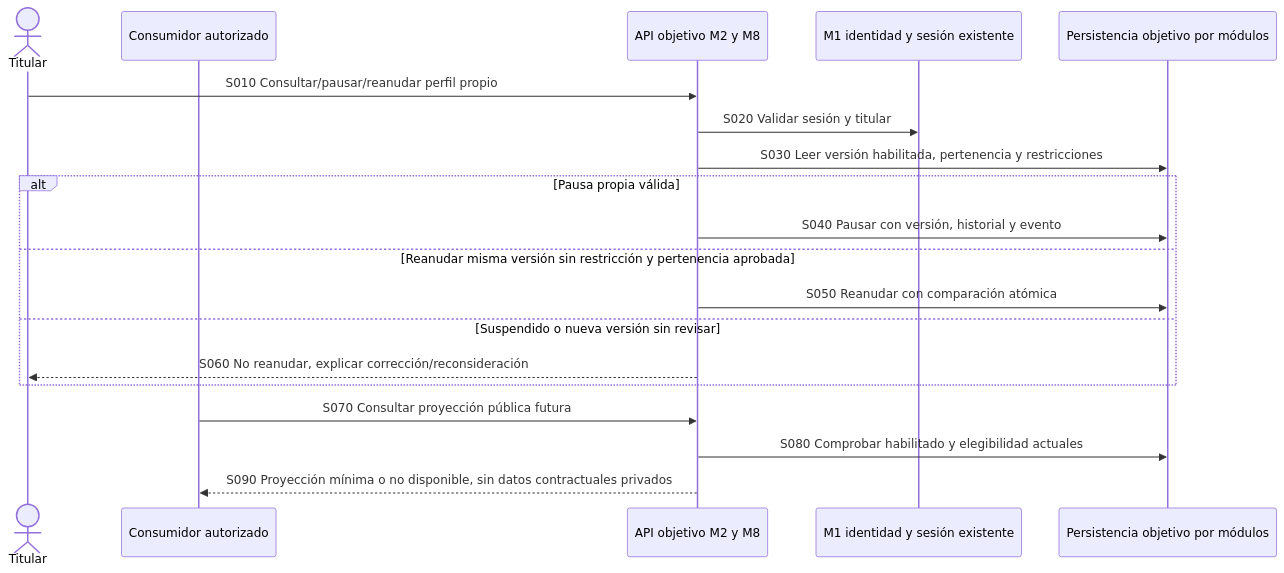
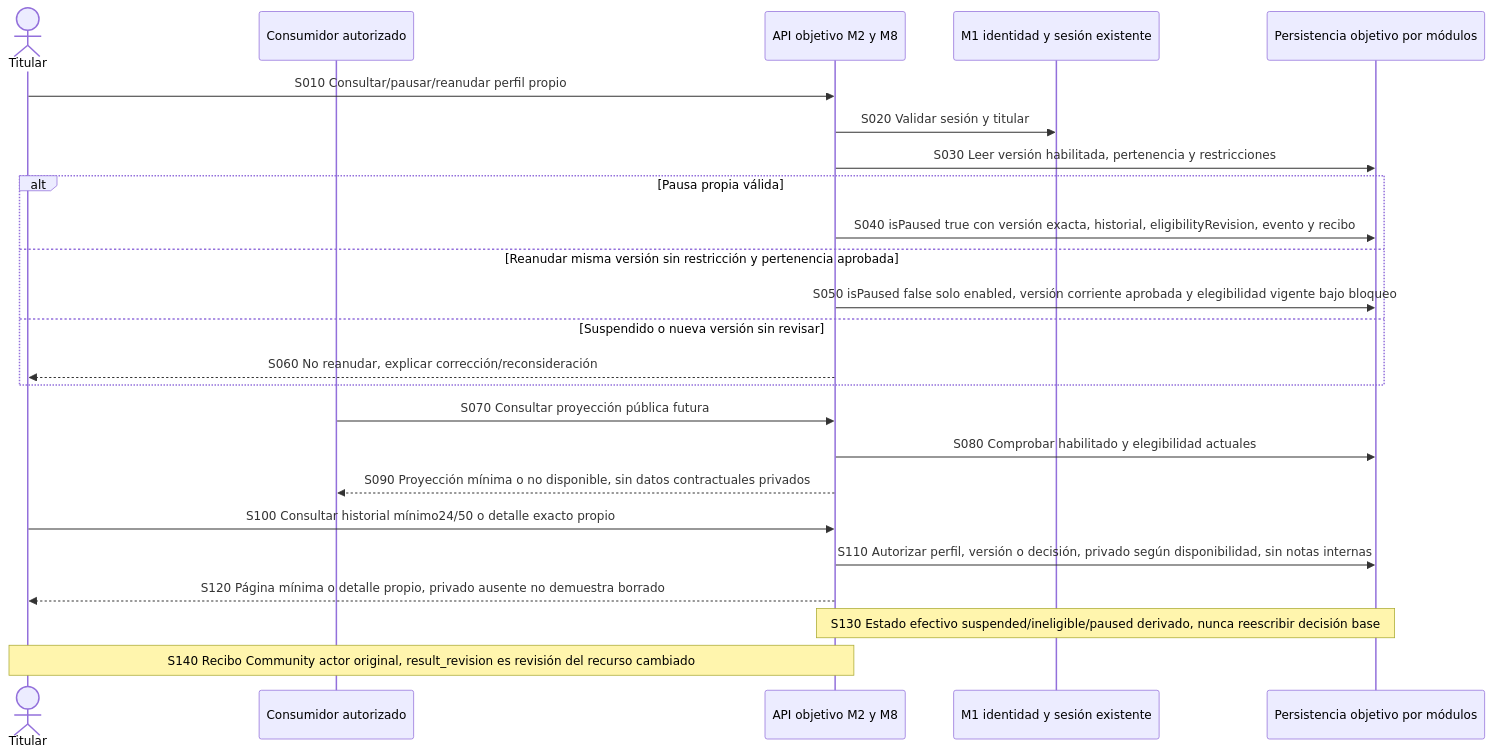
Before and after one commit to AndresRaRi/marleva: the diagram in marleva-local/repositorio/docs/diagramas/secuencia/M2/MAR-M2-SEQ-009.mmd, drawn with Mermaid. The commit also changed 48 other files, not shown here.

```diff
--- a/marleva-local/repositorio/docs/diagramas/secuencia/M2/MAR-M2-SEQ-009.mmd
+++ b/marleva-local/repositorio/docs/diagramas/secuencia/M2/MAR-M2-SEQ-009.mmd
@@ -1,21 +1,26 @@
 %% MAR-M2-SEQ-009: Pausa, reanudación y proyección del perfil
 %% 15-10-2026. Objetivo documental. Sin API o implementación acreditadas.
 sequenceDiagram
 actor T as Titular
 participant C as Consumidor autorizado
 participant A as API objetivo M2 y M8
 participant I as M1 identidad y sesión existente
 participant D as Persistencia objetivo por módulos
 T->>A: S010 Consultar/pausar/reanudar perfil propio
 A->>I: S020 Validar sesión y titular
 A->>D: S030 Leer versión habilitada, pertenencia y restricciones
 alt Pausa propia válida
- A->>D: S040 Pausar con versión, historial y evento
+ A->>D: S040 isPaused true con versión exacta, historial, eligibilityRevision, evento y recibo
 else Reanudar misma versión sin restricción y pertenencia aprobada
- A->>D: S050 Reanudar con comparación atómica
+ A->>D: S050 isPaused false solo enabled, versión corriente aprobada y elegibilidad vigente bajo bloqueo
 else Suspendido o nueva versión sin revisar
  A-->>T: S060 No reanudar, explicar corrección/reconsideración
 end
 C->>A: S070 Consultar proyección pública futura
 A->>D: S080 Comprobar habilitado y elegibilidad actuales
 A-->>C: S090 Proyección mínima o no disponible, sin datos contractuales privados
+T->>A: S100 Consultar historial mínimo24/50 o detalle exacto propio
+A->>D: S110 Autorizar perfil, versión o decisión, privado según disponibilidad, sin notas internas
+A-->>T: S120 Página mínima o detalle propio, privado ausente no demuestra borrado
+Note over A,D: S130 Estado efectivo suspended/ineligible/paused derivado, nunca reescribir decisión base
+Note over T,A: S140 Recibo Community actor original, result_revision es revisión del recurso cambiado
```
